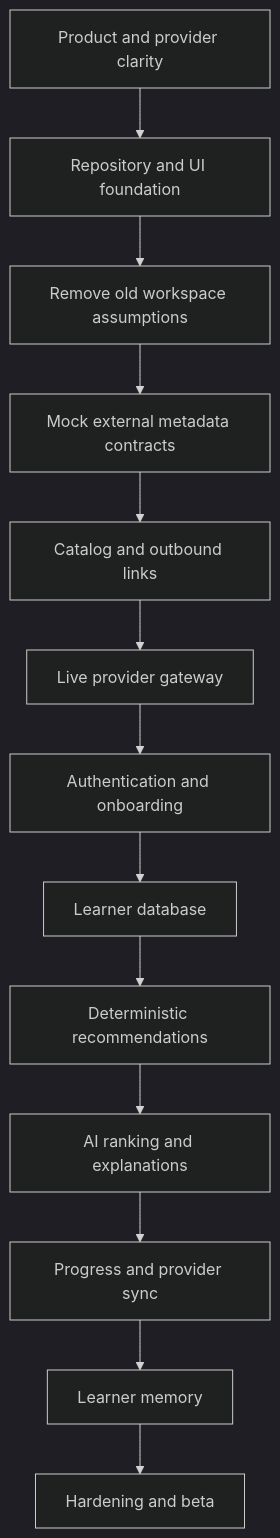
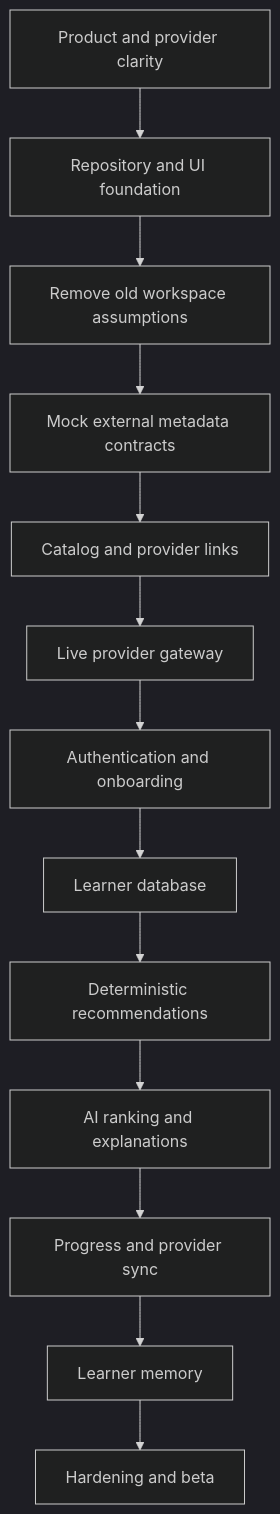
The diagram in docs/ROADMAP.md (dhruvwarriorr/AlgoMemtor), drawn with Mermaid (dark theme) before and after one commit. The commit also changed other lines of this file and 28 other files, not shown here.

````diff
--- a/docs/ROADMAP.md
+++ b/docs/ROADMAP.md
@@ -96,15 +96,15 @@
 ```mermaid
 flowchart TD
     A["Product and provider clarity"] --> B["Repository and UI foundation"]
     B --> C["Remove old workspace assumptions"]
     C --> D["Mock external metadata contracts"]
-    D --> E["Catalog and outbound links"]
+    D --> E["Catalog and provider links"]
     E --> F["Live provider gateway"]
     F --> G["Authentication and onboarding"]
     G --> H["Learner database"]
     H --> I["Deterministic recommendations"]
     I --> J["AI ranking and explanations"]
     J --> K["Progress and provider sync"]
     K --> L["Learner memory"]
     L --> M["Hardening and beta"]
 ```
````
